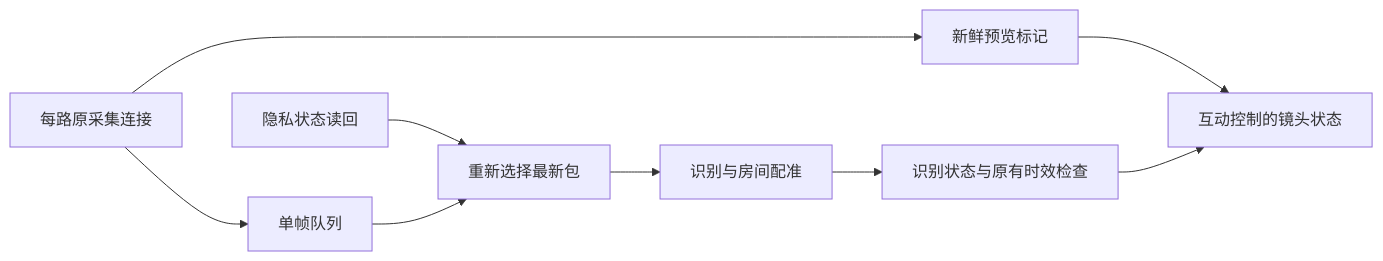
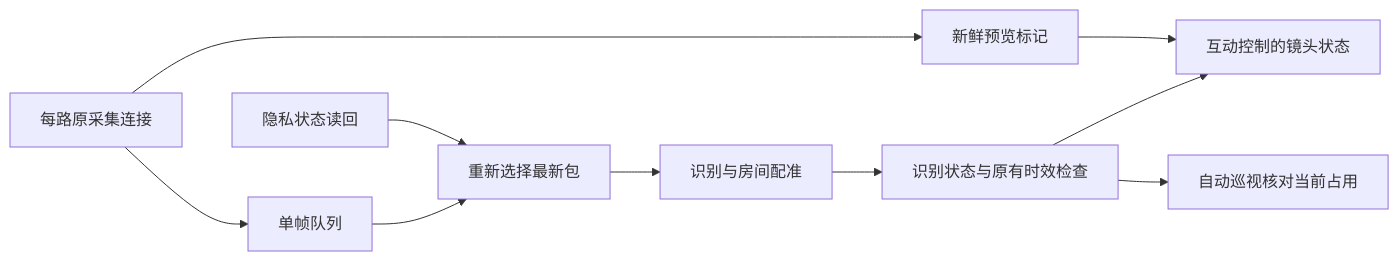
The fourth of 33 diagrams in docs/architecture.md (Geeprox/Friday), drawn with Mermaid before and after one commit. The commit also changed other lines of this file and 14 other files, not shown here.

````diff
--- a/docs/architecture.md
+++ b/docs/architecture.md
@@ -135,11 +139,12 @@
 ```mermaid
 flowchart LR
   A[每路原采集连接] --> B[新鲜预览标记]
   A --> C[单帧队列]
   D[隐私状态读回] --> E[重新选择最新包]
   C --> E
   E --> F[识别与房间配准]
   F --> G[识别状态与原有时效检查]
+  G --> I[自动巡视核对当前占用]
   B --> H[互动控制的镜头状态]
   G --> H
 ```
````
